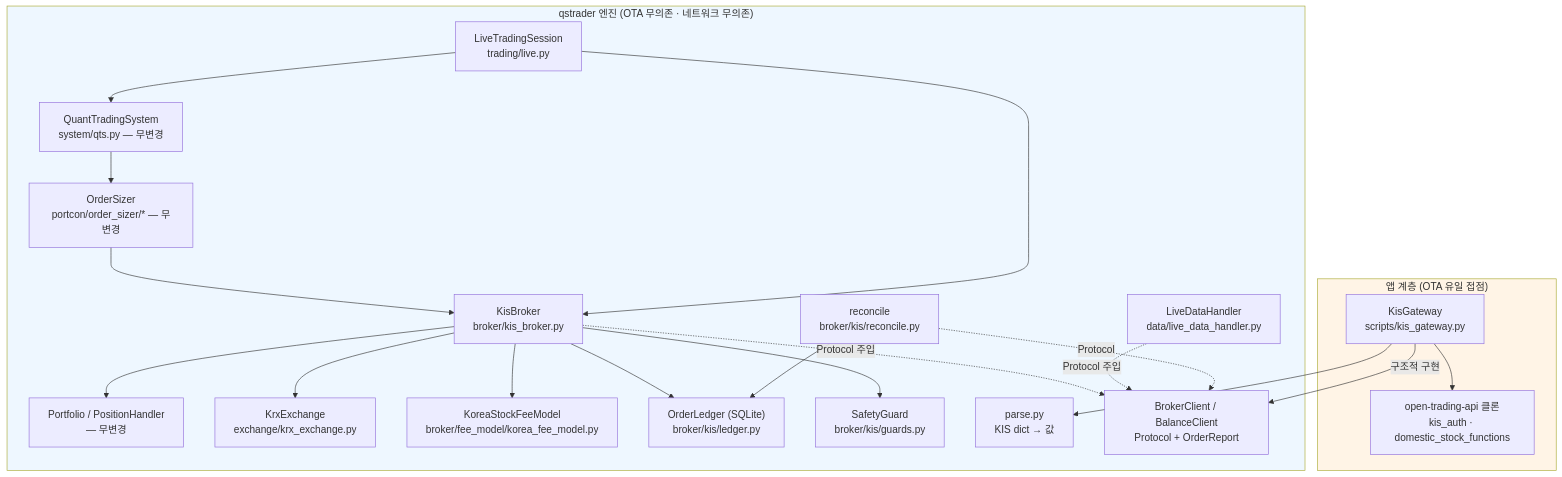
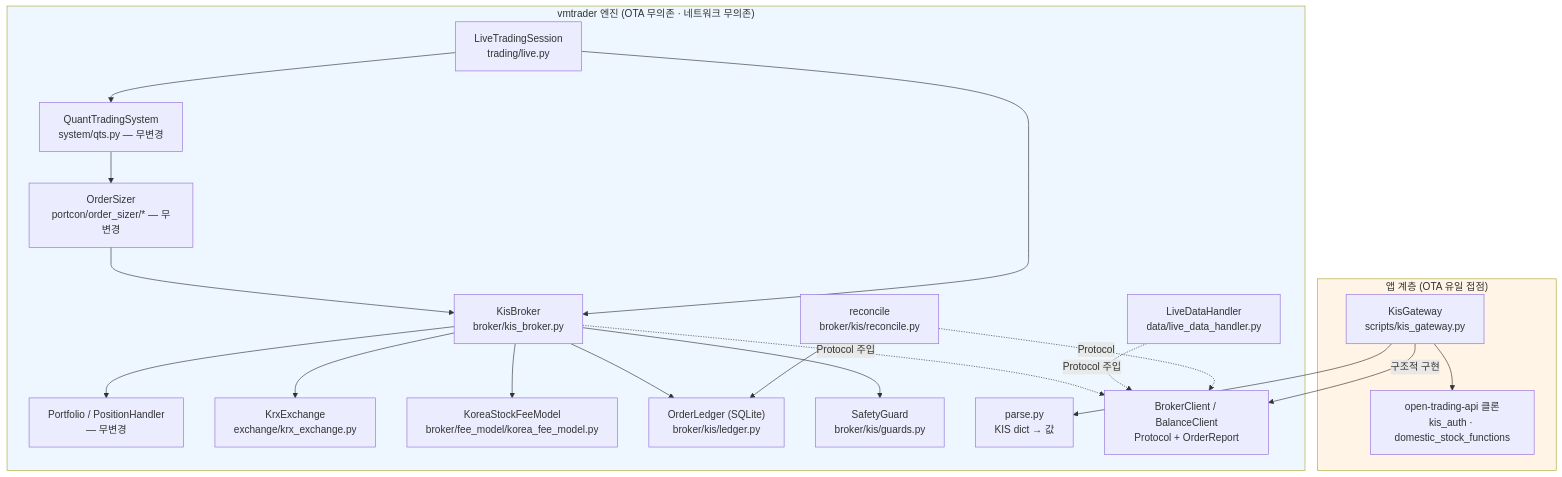
The second of 4 diagrams in docs/dev/spec/kis-broker-design.md (visualmoney/vm-quant-trader), drawn with Mermaid before and after one commit. The commit also changed other lines of this file and 182 other files, not shown here.

````diff
--- a/docs/dev/spec/kis-broker-design.md
+++ b/docs/dev/spec/kis-broker-design.md
@@ -176,41 +176,41 @@
 ```mermaid
 flowchart TB
-    subgraph engine["qstrader 엔진 (OTA 무의존 · 네트워크 무의존)"]
+    subgraph engine["vmtrader 엔진 (OTA 무의존 · 네트워크 무의존)"]
         LTS["LiveTradingSession<br/>trading/live.py"]
         QTS["QuantTradingSystem<br/>system/qts.py — 무변경"]
         SIZER["OrderSizer<br/>portcon/order_sizer/* — 무변경"]
         KB["KisBroker<br/>broker/kis_broker.py"]
         PF["Portfolio / PositionHandler<br/>— 무변경"]
         LDH["LiveDataHandler<br/>data/live_data_handler.py"]
         EX["KrxExchange<br/>exchange/krx_exchange.py"]
         FM["KoreaStockFeeModel<br/>broker/fee_model/korea_fee_model.py"]
         LED["OrderLedger (SQLite)<br/>broker/kis/ledger.py"]
         REC["reconcile<br/>broker/kis/reconcile.py"]
         GRD["SafetyGuard<br/>broker/kis/guards.py"]
         PARSE["parse.py<br/>KIS dict → 값"]
         PROTO["BrokerClient / BalanceClient<br/>Protocol + OrderReport"]
     end
 
     subgraph app["앱 계층 (OTA 유일 접점)"]
         GW["KisGateway<br/>scripts/kis_gateway.py"]
         OTA["open-trading-api 클론<br/>kis_auth · domestic_stock_functions"]
     end
 
     LTS --> QTS --> SIZER --> KB
     LTS --> KB
     KB --> PF
     KB --> EX
     KB --> FM
     KB --> LED
     KB --> GRD
     KB -. "Protocol 주입" .-> PROTO
     LDH -. "Protocol 주입" .-> PROTO
     REC --> LED
     REC -. Protocol .-> PROTO
     GW -- "구조적 구현" --> PROTO
     GW --> PARSE
     GW --> OTA
 
     style app fill:#fff4e6
     style engine fill:#eef7ff
 ```
````
